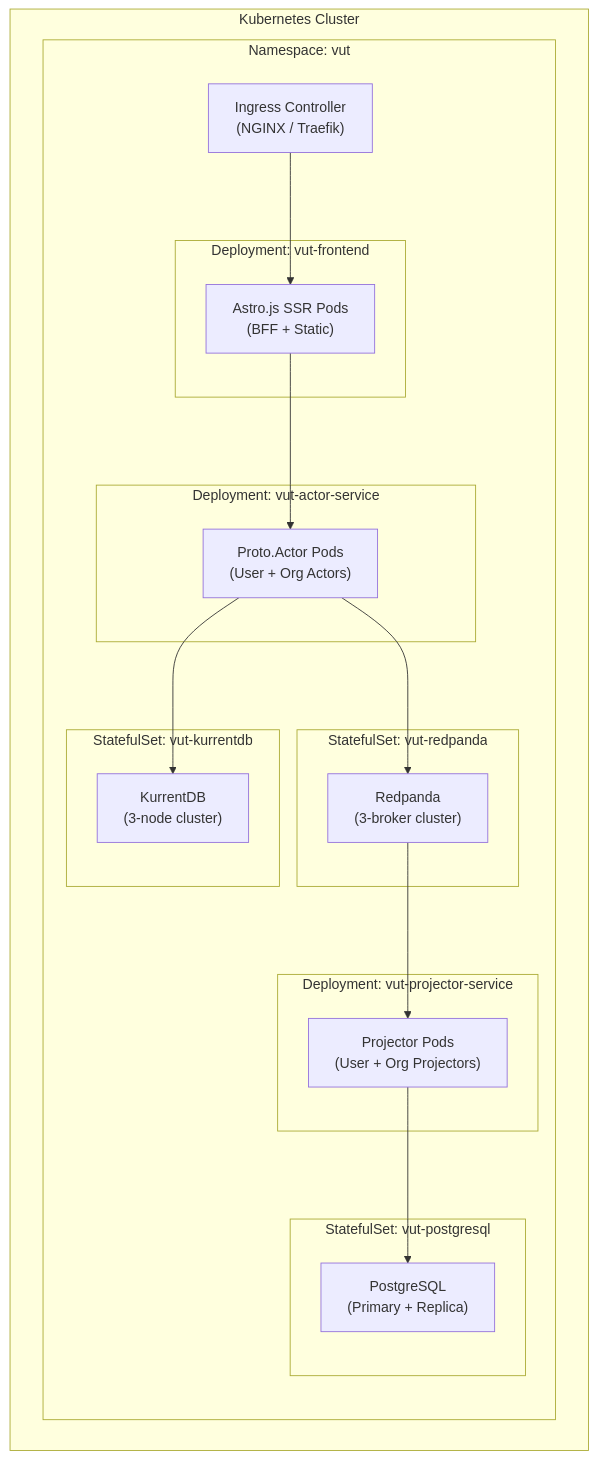
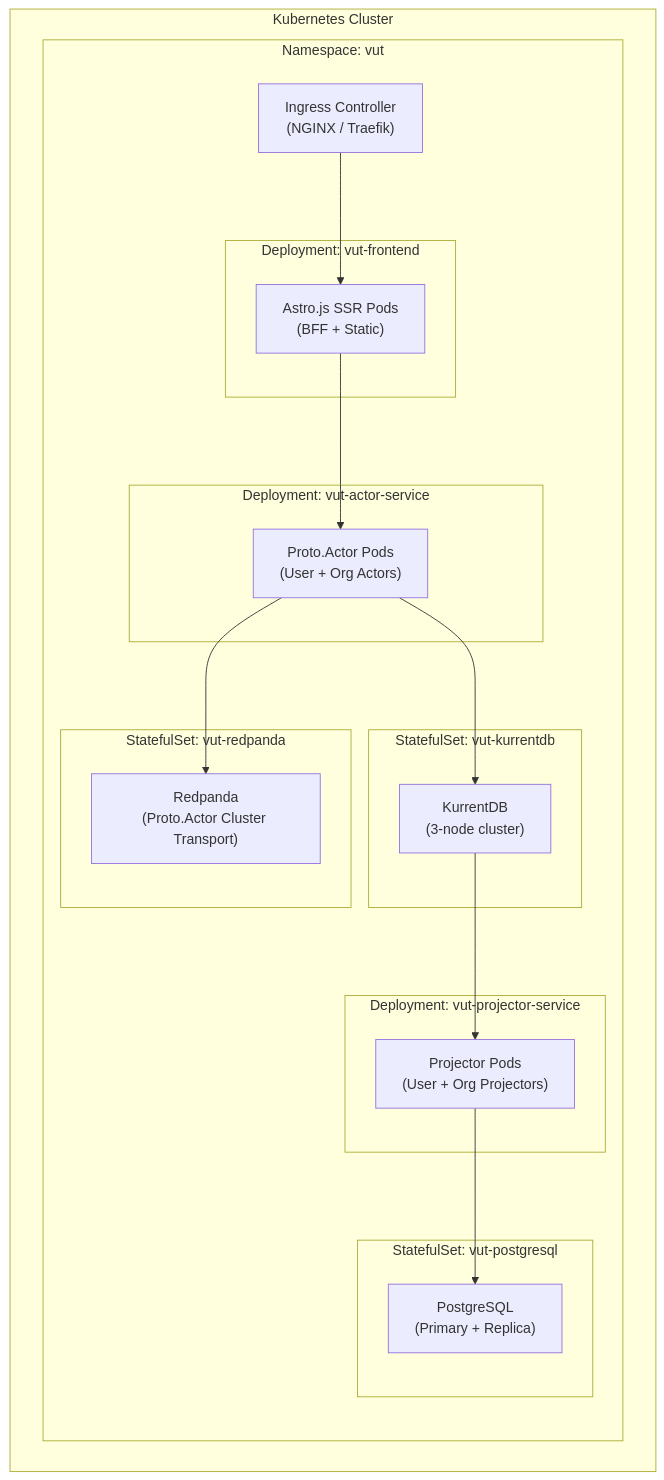
The second of 15 diagrams in epics/01-epic-first-signin-org/architecture/architecture.md (lekhasy/Vut), drawn with Mermaid before and after one commit. The commit also changed other lines of this file and 16 other files, not shown here.

Commit message:
Architecture change to projecting directly from kurrent db

````diff
--- a/epics/01-epic-first-signin-org/architecture/architecture.md
+++ b/epics/01-epic-first-signin-org/architecture/architecture.md
@@ -77,39 +74,39 @@
 ```mermaid
 graph TB
     subgraph Kubernetes Cluster
         subgraph "Namespace: vut"
             ING["Ingress Controller<br/>(NGINX / Traefik)"]
 
             subgraph "Deployment: vut-frontend"
                 FE["Astro.js SSR Pods<br/>(BFF + Static)"]
             end
 
             subgraph "Deployment: vut-actor-service"
                 AS["Proto.Actor Pods<br/>(User + Org Actors)"]
             end
 
             subgraph "Deployment: vut-projector-service"
                 PS["Projector Pods<br/>(User + Org Projectors)"]
             end
 
             subgraph "StatefulSet: vut-kurrentdb"
                 KDB["KurrentDB<br/>(3-node cluster)"]
             end
 
             subgraph "StatefulSet: vut-redpanda"
-                RP["Redpanda<br/>(3-broker cluster)"]
+                RP["Redpanda<br/>(Proto.Actor Cluster Transport)"]
             end
 
             subgraph "StatefulSet: vut-postgresql"
                 PG["PostgreSQL<br/>(Primary + Replica)"]
             end
         end
     end
 
     ING --> FE
     FE --> AS
+    AS --> RP
     AS --> KDB
-    AS --> RP
-    RP --> PS
+    KDB --> PS
     PS --> PG
 ```
````
